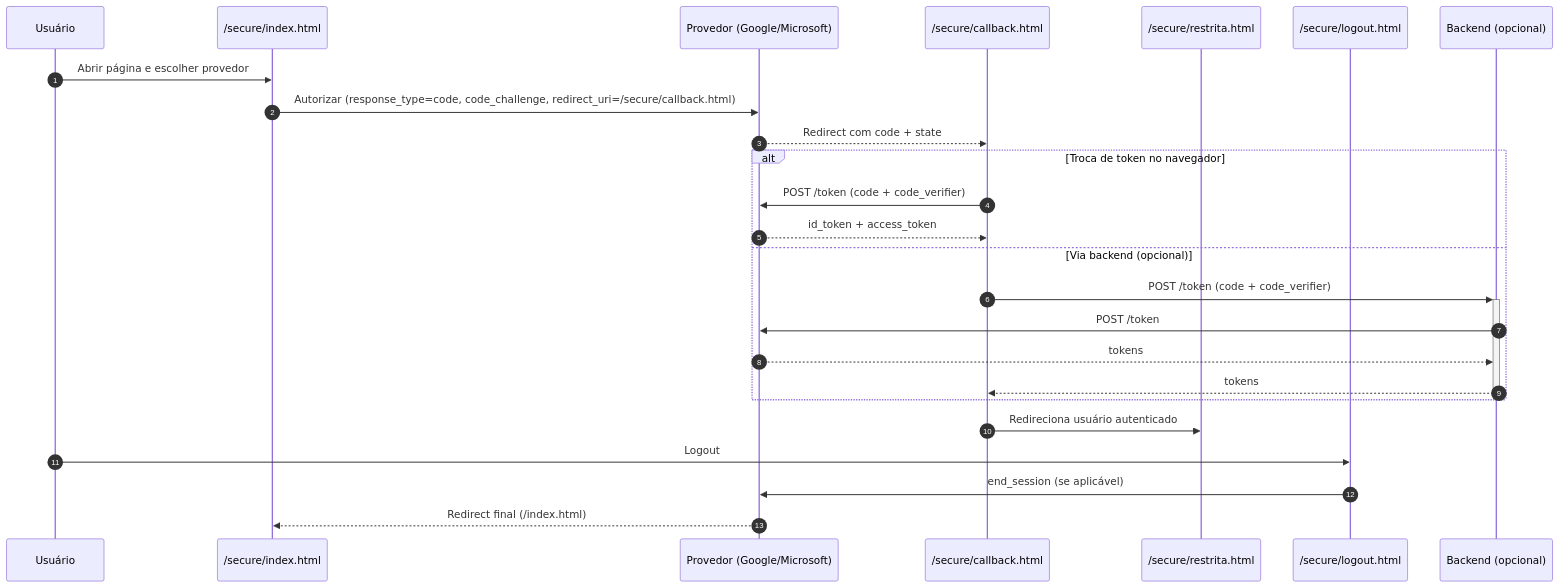
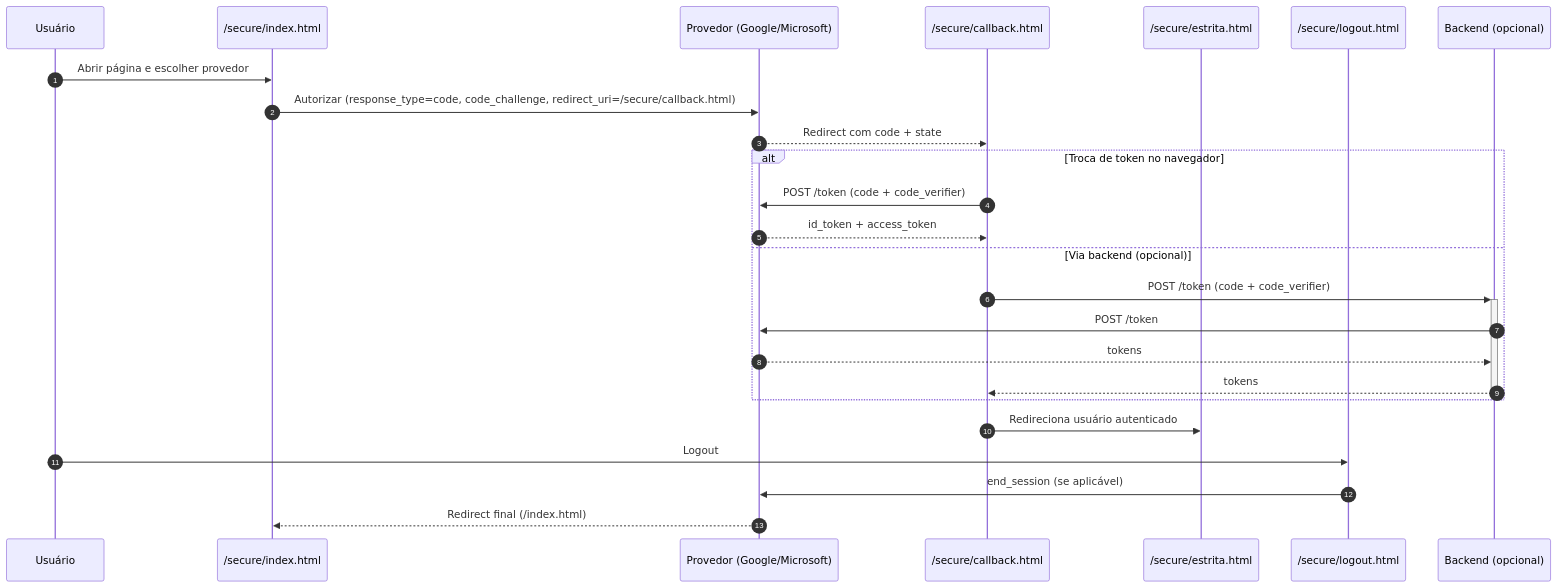
The diagram in README.md (chmulato/caracore-site), drawn with Mermaid before and after one commit. The commit also changed other lines of this file and 10 other files, not shown here.

Commit message:
fix: Renomear todas as referências de restrita.html para estrita.html

````diff
--- a/README.md
+++ b/README.md
@@ -134,30 +134,30 @@
 ```mermaid
 sequenceDiagram
    autonumber
    participant U as Usuário
    participant I as /secure/index.html
    participant P as Provedor (Google/Microsoft)
    participant C as /secure/callback.html
-   participant R as /secure/restrita.html
+   participant R as /secure/estrita.html
    participant L as /secure/logout.html
    participant Bk as Backend (opcional)
 
    U->>I: Abrir página e escolher provedor
    I->>P: Autorizar (response_type=code, code_challenge, redirect_uri=/secure/callback.html)
    P-->>C: Redirect com code + state
 
    alt Troca de token no navegador
       C->>P: POST /token (code + code_verifier)
       P-->>C: id_token + access_token
    else Via backend (opcional)
       C->>+Bk: POST /token (code + code_verifier)
       Bk->>P: POST /token
       P-->>Bk: tokens
       Bk-->>-C: tokens
    end
 
    C->>R: Redireciona usuário autenticado
    U->>L: Logout
    L->>P: end_session (se aplicável)
    P-->>I: Redirect final (/index.html)
 ```
````
